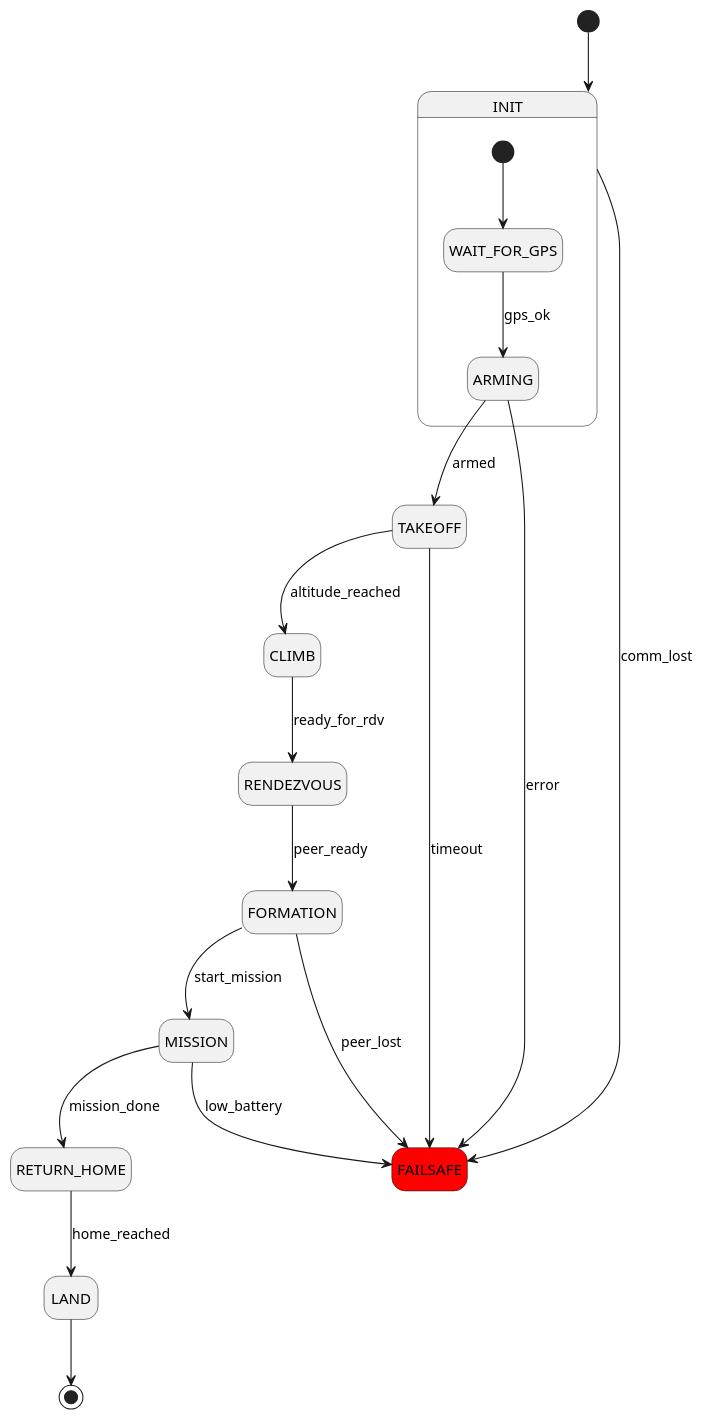
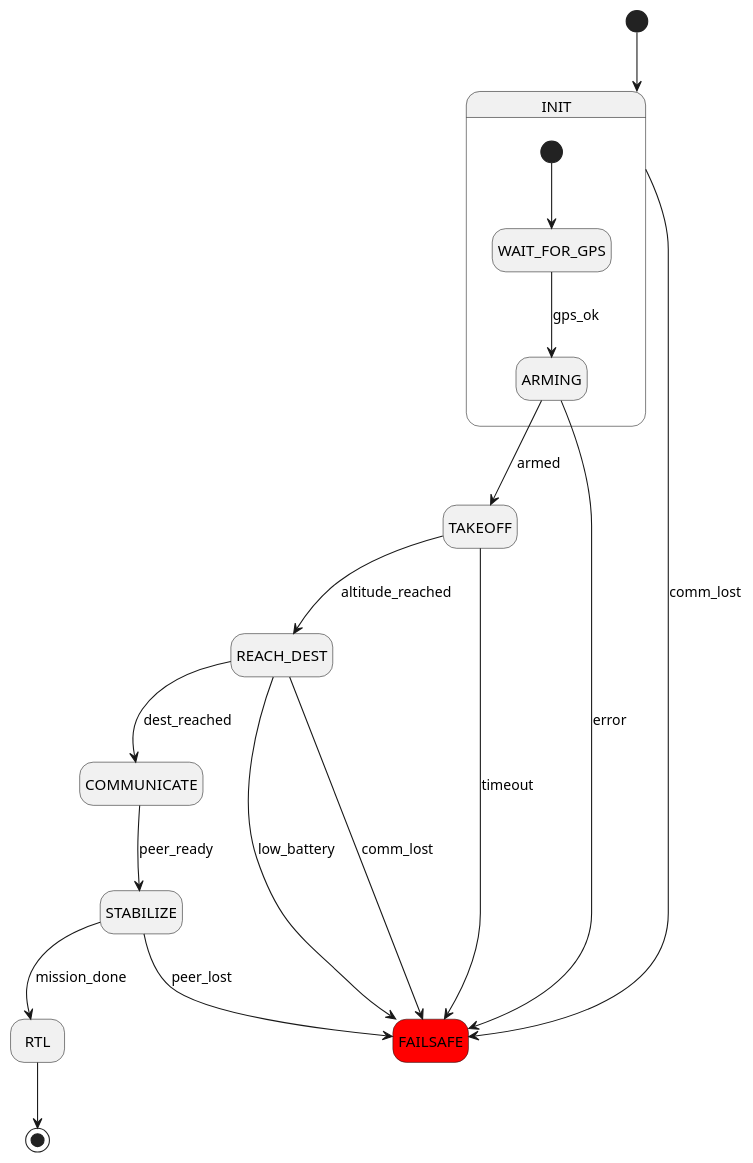
The diagram in mission/diagrams/drone_fsm_maitre.puml (Z-Hamdoun/Asgard), drawn with PlantUML before and after one commit. The commit also changed 1 other file, not shown here.

Commit message:
1ere mission drone maitre

```diff
--- a/mission/diagrams/drone_fsm_maitre.puml
+++ b/mission/diagrams/drone_fsm_maitre.puml
@@ -1,30 +1,28 @@
 @startuml
 hide empty description
 
 [*] --> INIT
 
 state INIT {
     [*] --> WAIT_FOR_GPS
     WAIT_FOR_GPS --> ARMING : gps_ok
 }
 
 ARMING --> TAKEOFF : armed
-TAKEOFF --> CLIMB : altitude_reached
+TAKEOFF --> REACH_DEST : altitude_reached
 
-CLIMB --> RENDEZVOUS : ready_for_rdv
-RENDEZVOUS --> FORMATION : peer_ready
+REACH_DEST --> COMMUNICATE : dest_reached
+COMMUNICATE --> STABILIZE : peer_ready
 
-FORMATION --> MISSION : start_mission
-MISSION --> RETURN_HOME : mission_done
-
-RETURN_HOME --> LAND : home_reached
-LAND --> [*]
+STABILIZE --> RTL: mission_done
+RTL --> [*]
 
 ' Failsafe transitions
 state FAILSAFE #red
 INIT --> FAILSAFE : comm_lost
 ARMING --> FAILSAFE : error
 TAKEOFF --> FAILSAFE : timeout
-FORMATION --> FAILSAFE : peer_lost
-MISSION --> FAILSAFE : low_battery
+REACH_DEST --> FAILSAFE: low_battery
+REACH_DEST --> FAILSAFE: comm_lost
+STABILIZE --> FAILSAFE : peer_lost
 @enduml
```
